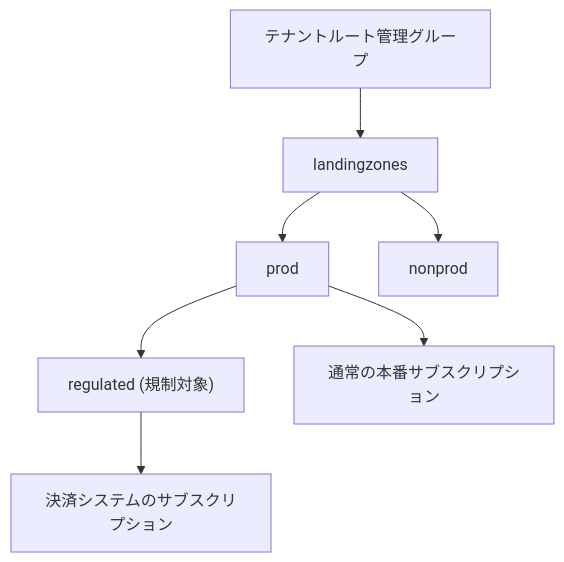
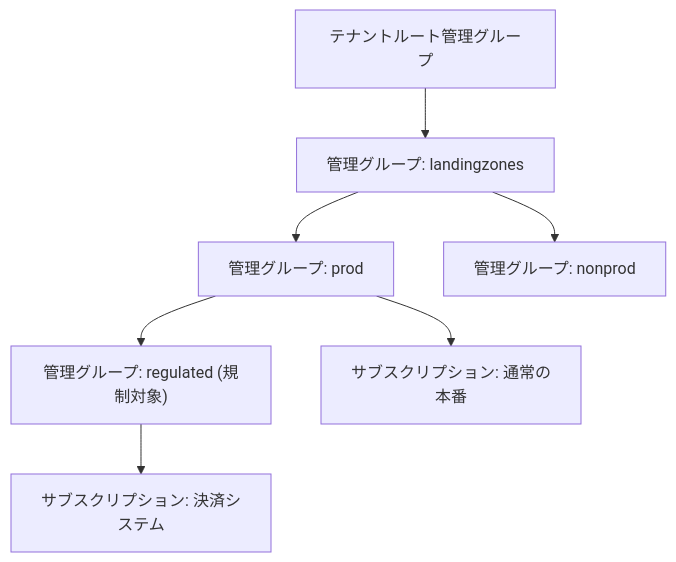
The third of 4 diagrams in manuscript/part1/02-management-groups.md (engineers-hub-ltd-in-house-project/azure-practice), drawn with Mermaid before and after one commit. The commit also changed other lines of this file and 17 other files, not shown here.

````diff
--- a/manuscript/part1/02-management-groups.md
+++ b/manuscript/part1/02-management-groups.md
@@ -46,9 +46,9 @@
 ```mermaid
 flowchart TB
-  R["テナントルート管理グループ"] --> L["landingzones"]
-  L --> P["prod"]
-  L --> N["nonprod"]
-  P --> REG["regulated (規制対象)"]
-  REG --> S1["決済システムのサブスクリプション"]
-  P --> S2["通常の本番サブスクリプション"]
+  R["テナントルート管理グループ"] --> L["管理グループ: landingzones"]
+  L --> P["管理グループ: prod"]
+  L --> N["管理グループ: nonprod"]
+  P --> REG["管理グループ: regulated (規制対象)"]
+  REG --> S1["サブスクリプション: 決済システム"]
+  P --> S2["サブスクリプション: 通常の本番"]
 ```
````
